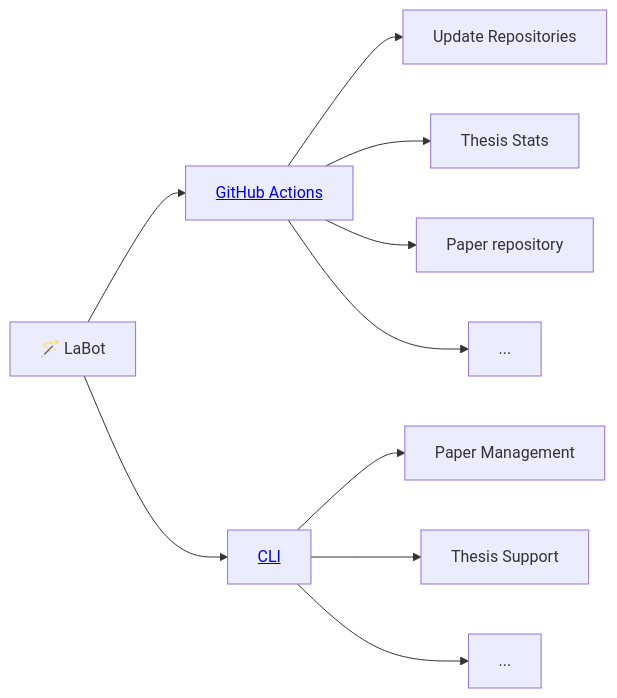
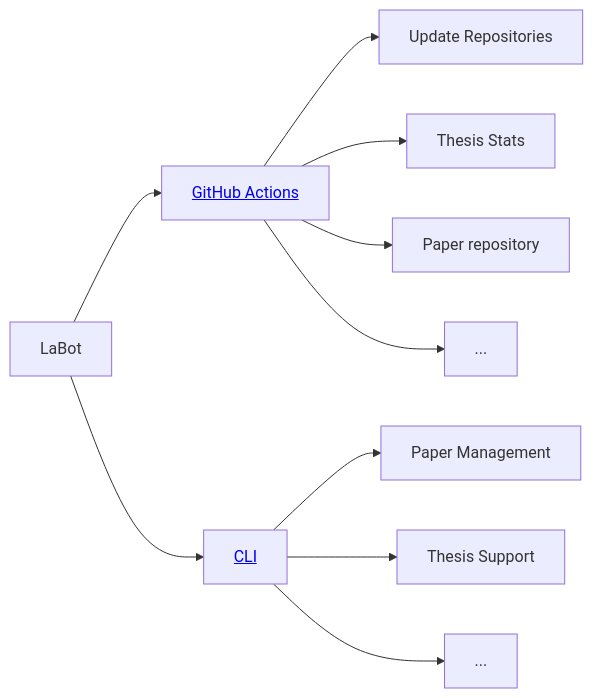
Before and after one commit to digital-work-lab/labot: the diagram in README.md, drawn with Mermaid. The commit also changed other lines of this file, not shown here.

````diff
--- a/README.md
+++ b/README.md
@@ -3,12 +3,12 @@
 ```mermaid
 graph LR
-    labot[🪄 LaBot] --> ghactions["<a href='digital-work-lab/labot?tab=readme-ov-file#github-actions'>GitHub Actions</a>"]
+    labot[LaBot] --> ghactions["<a href='digital-work-lab/labot?tab=readme-ov-file#github-actions'>GitHub Actions</a>"]
     labot --> cli["<a href='digital-work-lab/labot?tab=readme-ov-file#cli'>CLI</a>"]
     ghactions --> repos[Update Repositories]
     ghactions --> thesis_stats[Thesis Stats]
     ghactions --> paper_repo[Paper repository]
     ghactions --> other_gha[...]
     cli --> paper[Paper Management]
     cli --> thesis[Thesis Support]
     cli --> other_cli[...]
 ```
````
